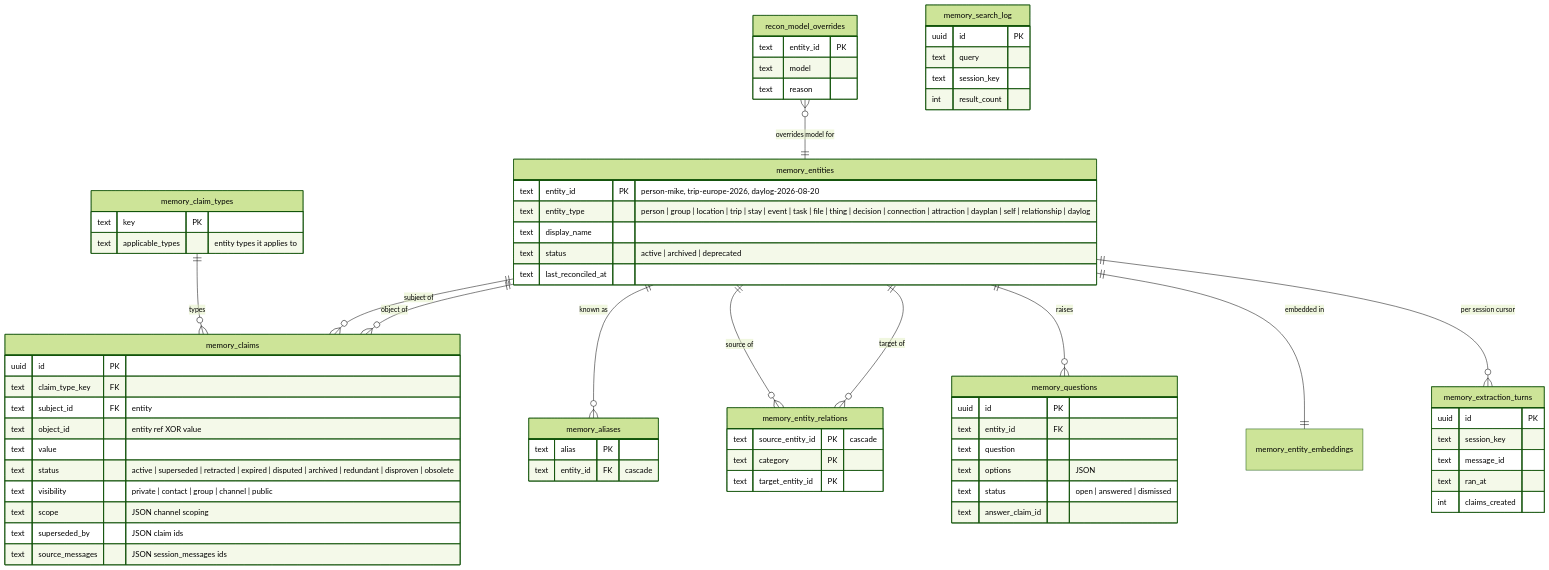
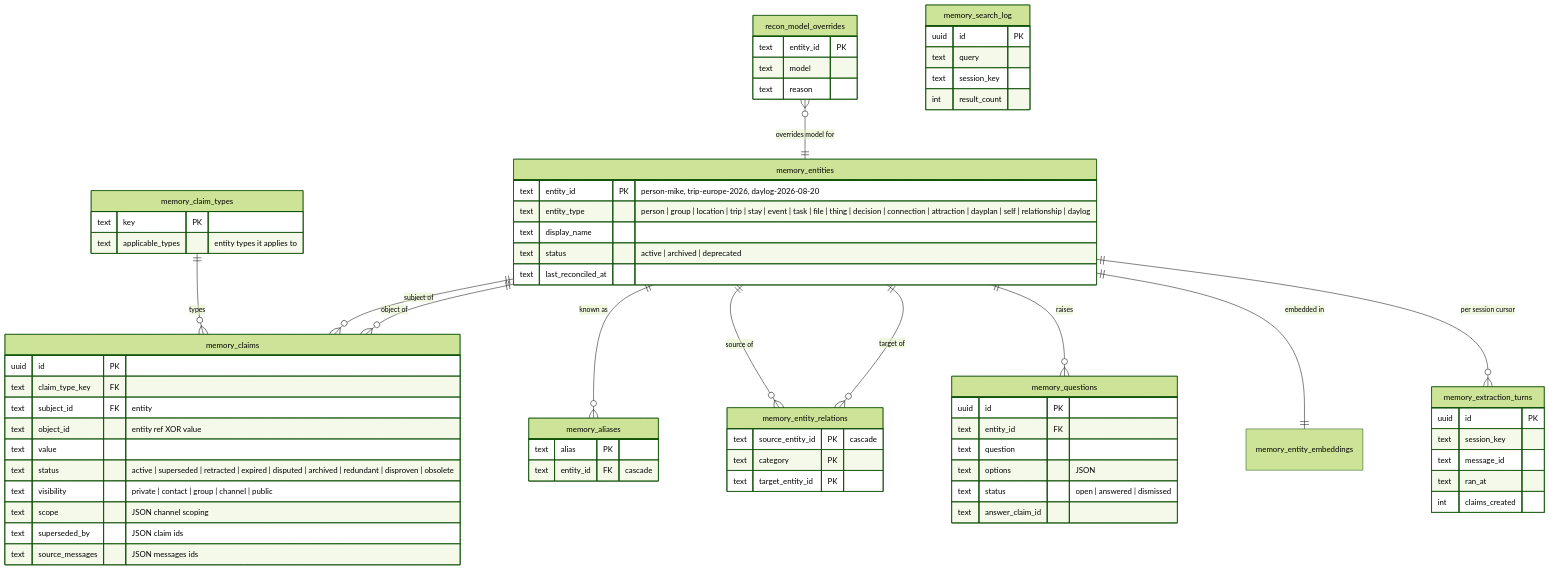
Before and after one commit to mike-crabcat/bob: the eighth of 10 diagrams in docs/datamodel.md, drawn with Mermaid (forest theme). The commit also changed other lines of this file and 21 other files, not shown here.

First line of the commit message:
Increment 6b: rename session_messages -> messages, keyed by conversation_id

````diff
--- a/docs/datamodel.md
+++ b/docs/datamodel.md
@@ -452,72 +461,72 @@
 ```mermaid
 erDiagram
     memory_claim_types ||--o{ memory_claims : "types"
     memory_entities ||--o{ memory_claims : "subject of"
     memory_entities ||--o{ memory_claims : "object of"
     memory_entities ||--o{ memory_aliases : "known as"
     memory_entities ||--o{ memory_entity_relations : "source of"
     memory_entities ||--o{ memory_entity_relations : "target of"
     memory_entities ||--o{ memory_questions : "raises"
     memory_entities ||--|| memory_entity_embeddings : "embedded in"
     memory_entities ||--o{ memory_extraction_turns : "per session cursor"
     recon_model_overrides }o--|| memory_entities : "overrides model for"
 
     memory_entities {
         text entity_id PK "person-mike, trip-europe-2026, daylog-2026-08-20"
         text entity_type "person | group | location | trip | stay | event | task | file | thing | decision | connection | attraction | dayplan | self | relationship | daylog"
         text display_name
         text status "active | archived | deprecated"
         text last_reconciled_at
     }
     memory_claim_types {
         text key PK
         text applicable_types "entity types it applies to"
     }
     memory_claims {
         uuid id PK
         text claim_type_key FK
         text subject_id FK "entity"
         text object_id "entity ref XOR value"
         text value
         text status "active | superseded | retracted | expired | disputed | archived | redundant | disproven | obsolete"
         text visibility "private | contact | group | channel | public"
         text scope "JSON channel scoping"
         text superseded_by "JSON claim ids"
-        text source_messages "JSON session_messages ids"
+        text source_messages "JSON messages ids"
     }
     memory_aliases {
         text alias PK
         text entity_id FK "cascade"
     }
     memory_entity_relations {
         text source_entity_id PK "cascade"
         text category PK
         text target_entity_id PK
     }
     memory_questions {
         uuid id PK
         text entity_id FK
         text question
         text options "JSON"
         text status "open | answered | dismissed"
         text answer_claim_id
     }
     memory_extraction_turns {
         uuid id PK
         text session_key
         text message_id
         text ran_at
         int claims_created
     }
     memory_search_log {
         uuid id PK
         text query
         text session_key
         int result_count
     }
     recon_model_overrides {
         text entity_id PK
         text model
         text reason
     }
 ```
````
